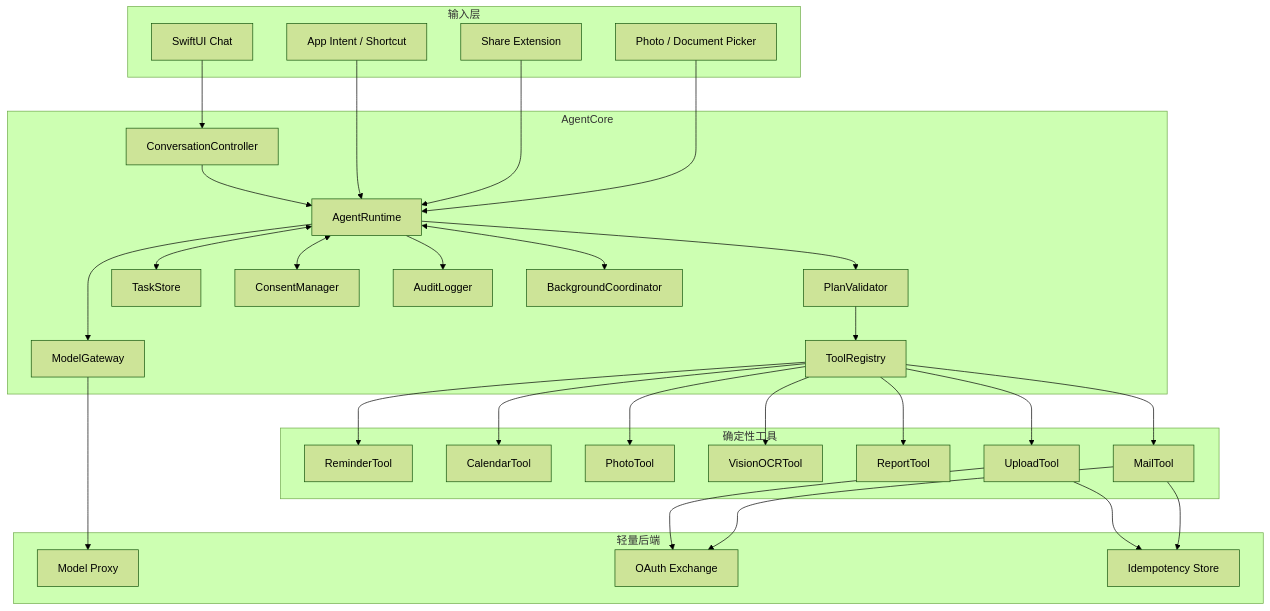
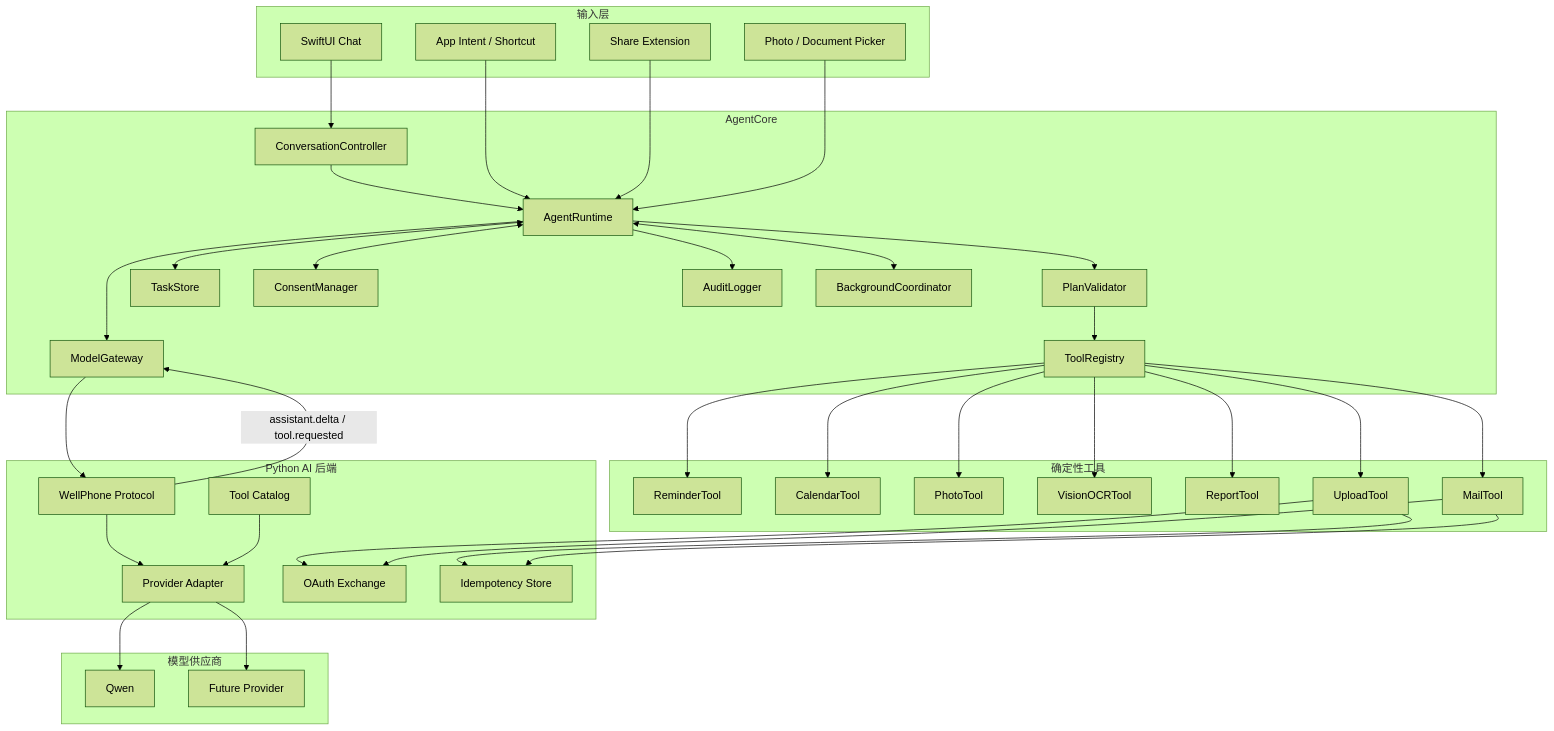
One commit to Kirin-Hunter-Nan/wellphone changed the first of 2 diagrams in docs/DEVELOPMENT.md. Above: the diagram before and after it, drawn with Mermaid (forest theme). The commit also changed other lines of this file and 49 other files, not shown here.

Commit message:
feat: migrate AI backend to Python

````diff
--- a/docs/DEVELOPMENT.md
+++ b/docs/DEVELOPMENT.md
@@ -122,59 +122,71 @@
 ```mermaid
 flowchart TB
     subgraph InputLayer["输入层"]
         Chat["SwiftUI Chat"]
         Intent["App Intent / Shortcut"]
         Share["Share Extension"]
         Picker["Photo / Document Picker"]
     end
 
     subgraph AgentCore["AgentCore"]
         Runtime["AgentRuntime"]
         Conversation["ConversationController"]
         Planner["ModelGateway"]
         Validator["PlanValidator"]
         Registry["ToolRegistry"]
         Store["TaskStore"]
         Consent["ConsentManager"]
         Audit["AuditLogger"]
         Background["BackgroundCoordinator"]
     end
 
     subgraph Tools["确定性工具"]
         Reminder["ReminderTool"]
         Calendar["CalendarTool"]
         Photos["PhotoTool"]
         Vision["VisionOCRTool"]
         Report["ReportTool"]
         Upload["UploadTool"]
         Mail["MailTool"]
     end
 
-    subgraph Backend["轻量后端"]
-        ModelProxy["Model Proxy"]
+    subgraph Backend["Python AI 后端"]
+        Protocol["WellPhone Protocol"]
+        Provider["Provider Adapter"]
+        Catalog["Tool Catalog"]
         OAuth["OAuth Exchange"]
         Idempotency["Idempotency Store"]
+    end
+
+    subgraph Models["模型供应商"]
+        Qwen["Qwen"]
+        Future["Future Provider"]
     end
 
     Chat --> Conversation --> Runtime
     Intent --> Runtime
     Share --> Runtime
     Picker --> Runtime
-    Runtime --> Planner --> ModelProxy
+    Runtime --> Planner --> Protocol
+    Protocol --> Provider
+    Provider --> Qwen
+    Provider --> Future
+    Catalog --> Provider
+    Protocol -->|"assistant.delta / tool.requested"| Planner
     Runtime --> Validator --> Registry
     Runtime <--> Store
     Runtime <--> Consent
     Runtime <--> Background
     Runtime --> Audit
     Registry --> Reminder
     Registry --> Calendar
     Registry --> Photos
     Registry --> Vision
     Registry --> Report
     Registry --> Upload
     Registry --> Mail
     Upload --> Idempotency
     Mail --> Idempotency
     Upload --> OAuth
     Mail --> OAuth
 ```
````
